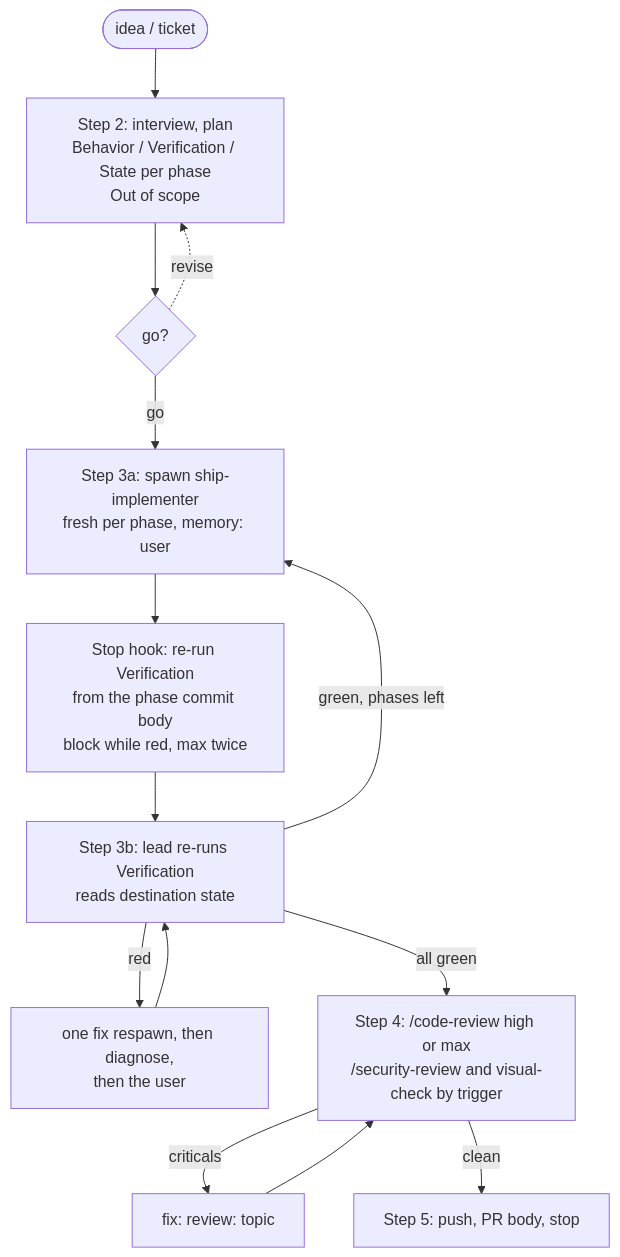
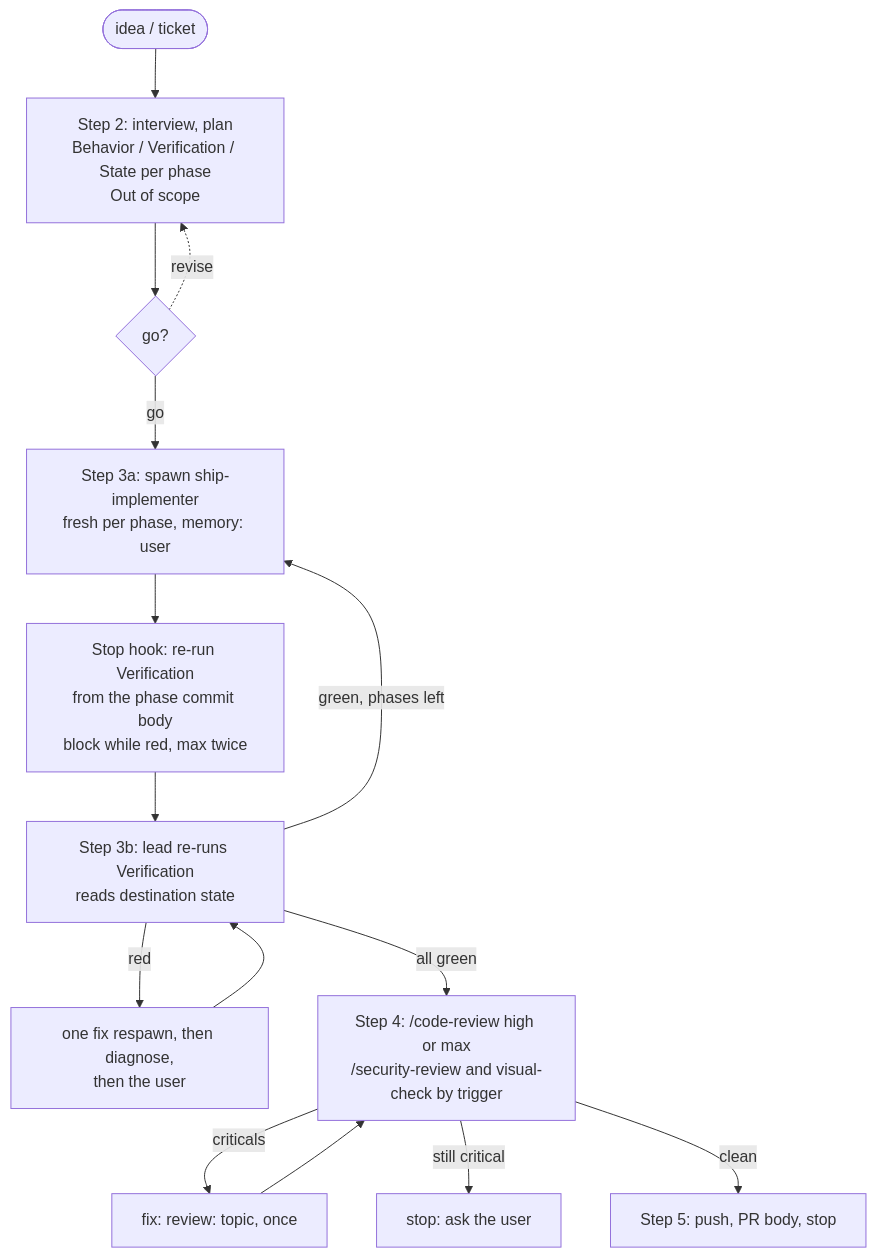
Before and after one commit to aliaksei-loi/ship: the diagram in ARCHITECTURE.md, drawn with Mermaid. The commit also changed 3 other files, not shown here.

First line of the commit message:
fix: stop before push on a repeated review critical; hook caps missing-contract blocks

````diff
--- a/ARCHITECTURE.md
+++ b/ARCHITECTURE.md
@@ -7,15 +7,16 @@
 ```mermaid
 flowchart TD
   I([idea / ticket]) --> P[Step 2: interview, plan<br/>Behavior / Verification / State per phase<br/>Out of scope]
   P --> G{go?}
   G -.revise.-> P
   G -->|go| S[Step 3a: spawn ship-implementer<br/>fresh per phase, memory: user]
   S --> H[Stop hook: re-run Verification<br/>from the phase commit body<br/>block while red, max twice]
   H --> L[Step 3b: lead re-runs Verification<br/>reads destination state]
   L -->|red| F[one fix respawn, then diagnose,<br/>then the user]
   F --> L
   L -->|green, phases left| S
   L -->|all green| R[Step 4: /code-review high or max<br/>/security-review and visual-check by trigger]
-  R -->|criticals| F2[fix: review: topic] --> R
+  R -->|criticals| F2[fix: review: topic, once] --> R
+  R -->|still critical| U[stop: ask the user]
   R -->|clean| PR[Step 5: push, PR body, stop]
 ```
````
